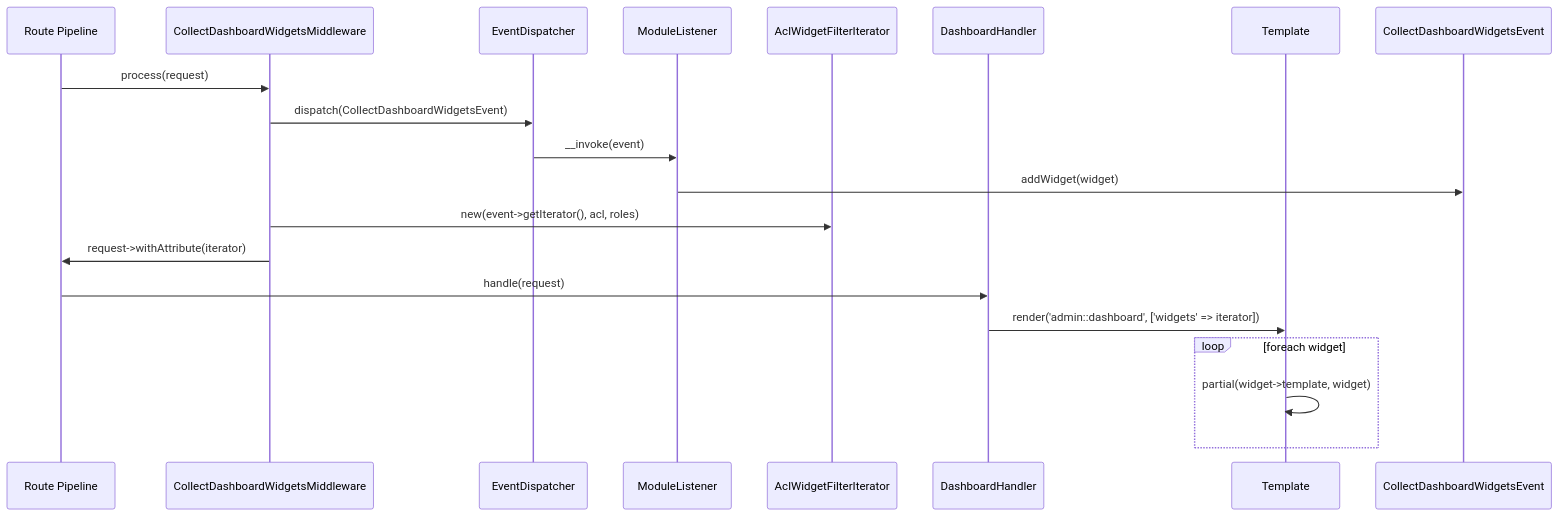
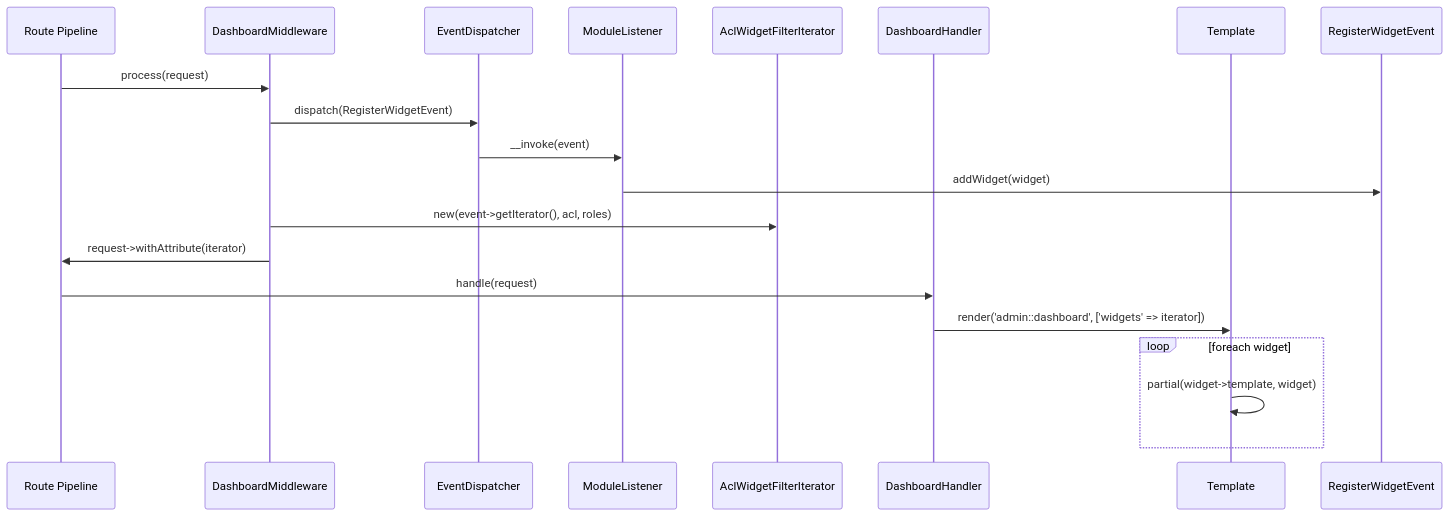
The second of 2 diagrams in src/webware-admin/docs/dashboard-widget-system.md (tyrsson/farmers-store-inventory), drawn with Mermaid before and after one commit. The commit also changed other lines of this file and 11 other files, not shown here.

````diff
--- a/src/webware-admin/docs/dashboard-widget-system.md
+++ b/src/webware-admin/docs/dashboard-widget-system.md
@@ -107,22 +107,22 @@
 ```mermaid
 sequenceDiagram
     participant Route Pipeline
-    participant CollectDashboardWidgetsMiddleware
+    participant DashboardMiddleware
     participant EventDispatcher
     participant ModuleListener
     participant AclWidgetFilterIterator
     participant DashboardHandler
     participant Template
 
-    Route Pipeline->>CollectDashboardWidgetsMiddleware: process(request)
-    CollectDashboardWidgetsMiddleware->>EventDispatcher: dispatch(CollectDashboardWidgetsEvent)
+    Route Pipeline->>DashboardMiddleware: process(request)
+    DashboardMiddleware->>EventDispatcher: dispatch(RegisterWidgetEvent)
     EventDispatcher->>ModuleListener: __invoke(event)
-    ModuleListener->>CollectDashboardWidgetsEvent: addWidget(widget)
-    CollectDashboardWidgetsMiddleware->>AclWidgetFilterIterator: new(event->getIterator(), acl, roles)
-    CollectDashboardWidgetsMiddleware->>Route Pipeline: request->withAttribute(iterator)
+    ModuleListener->>RegisterWidgetEvent: addWidget(widget)
+    DashboardMiddleware->>AclWidgetFilterIterator: new(event->getIterator(), acl, roles)
+    DashboardMiddleware->>Route Pipeline: request->withAttribute(iterator)
     Route Pipeline->>DashboardHandler: handle(request)
     DashboardHandler->>Template: render('admin::dashboard', ['widgets' => iterator])
     loop foreach widget
         Template->>Template: partial(widget->template, widget)
     end
 ```
````
